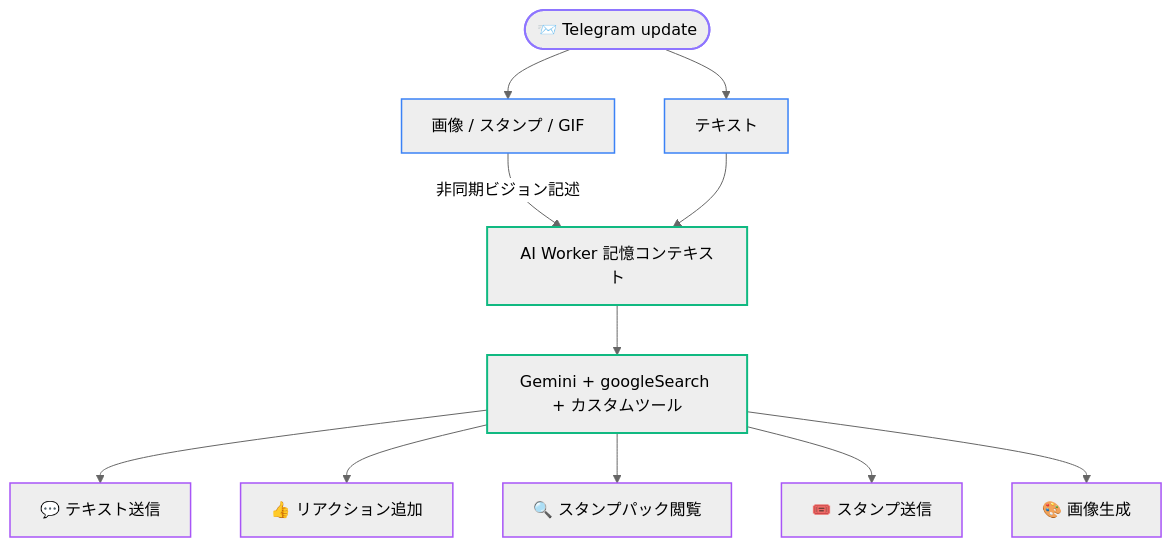
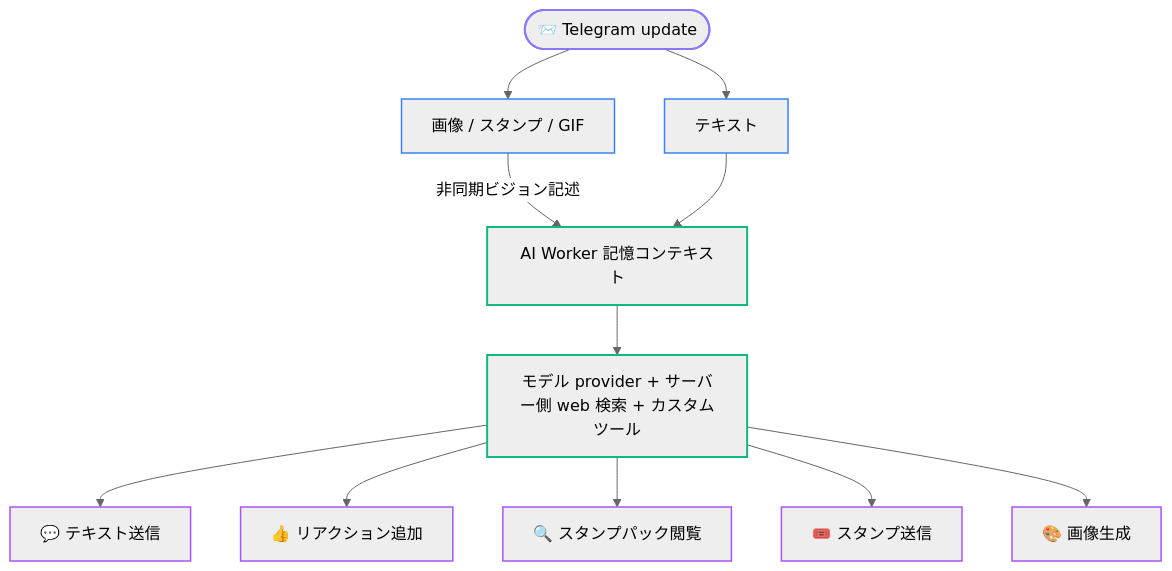
One commit to Asashishi/copy_ninjia changed the second of 2 diagrams in docs/ja/02-architecture.md. Above: the diagram before and after it, drawn with Mermaid (neutral theme). The commit also changed other lines of this file and 193 other files, not shown here.

````diff
--- a/docs/ja/02-architecture.md
+++ b/docs/ja/02-architecture.md
@@ -65,19 +65,19 @@
 ```mermaid
 flowchart TD
     classDef input stroke:#8e75ff,stroke-width:2px;
     classDef process stroke:#3b82f6,stroke-width:1.5px;
     classDef ai stroke:#10b981,stroke-width:2px;
     classDef action stroke:#a855f7,stroke-width:1.5px;
 
     U(["📨 Telegram update"]):::input --> TXT["テキスト"]:::process
     U --> MED["画像 / スタンプ / GIF"]:::process
     MED -- 非同期ビジョン記述 --> MEM["AI Worker 記憶コンテキスト"]:::ai
     TXT --> MEM
-    MEM --> G["Gemini + googleSearch + カスタムツール"]:::ai
+    MEM --> G["モデル provider + サーバー側 web 検索 + カスタムツール"]:::ai
 
     G --> A1["💬 テキスト送信"]:::action
     G --> A2["👍 リアクション追加"]:::action
     G --> A3["🔍 スタンプパック閲覧"]:::action
     G --> A4["🎟️ スタンプ送信"]:::action
     G --> A5["🎨 画像生成"]:::action
 ```
````
